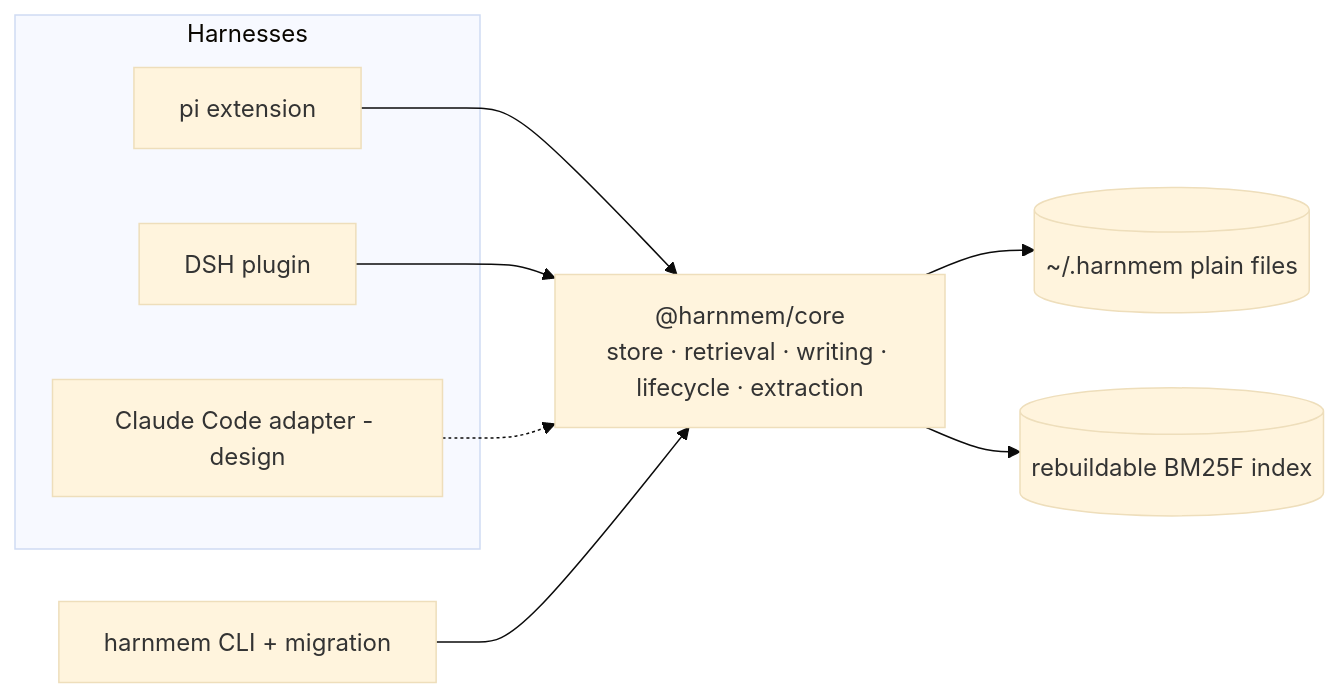
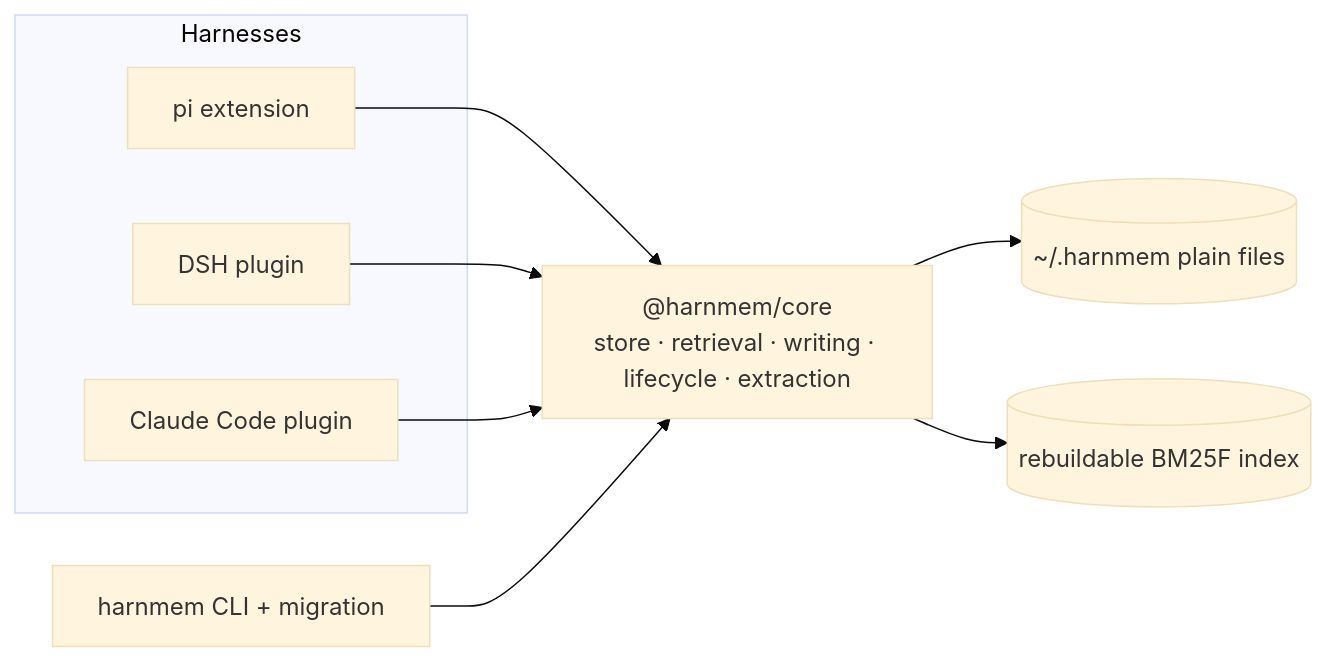
Before and after one commit to ys118/harnmem: the diagram in README.md, drawn with Mermaid (base theme). The commit also changed other lines of this file, not shown here.

````diff
--- a/README.md
+++ b/README.md
@@ -156,16 +204,16 @@
 ```mermaid
 flowchart LR
   subgraph Harnesses
     PI[pi extension]
     DSH[DSH plugin]
-    CC[Claude Code adapter - design]
+    CC[Claude Code plugin]
   end
   CLI[harnmem CLI + migration]
   CORE["@harnmem/core<br/>store · retrieval · writing · lifecycle · extraction"]
   PI --> CORE
   DSH --> CORE
-  CC -.-> CORE
+  CC --> CORE
   CLI --> CORE
   CORE --> STD[(~/.harnmem plain files)]
   CORE --> IDX[(rebuildable BM25F index)]
 ```
````
